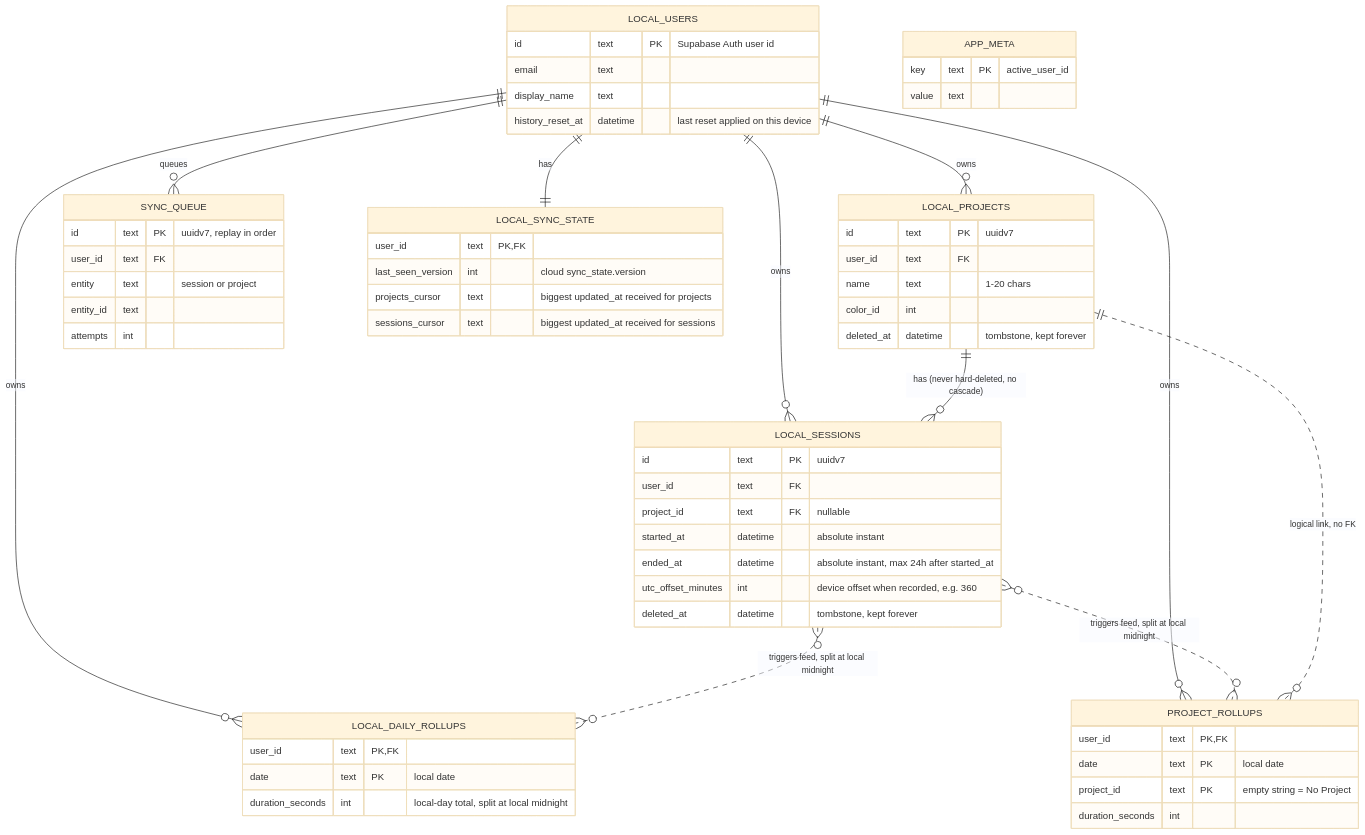
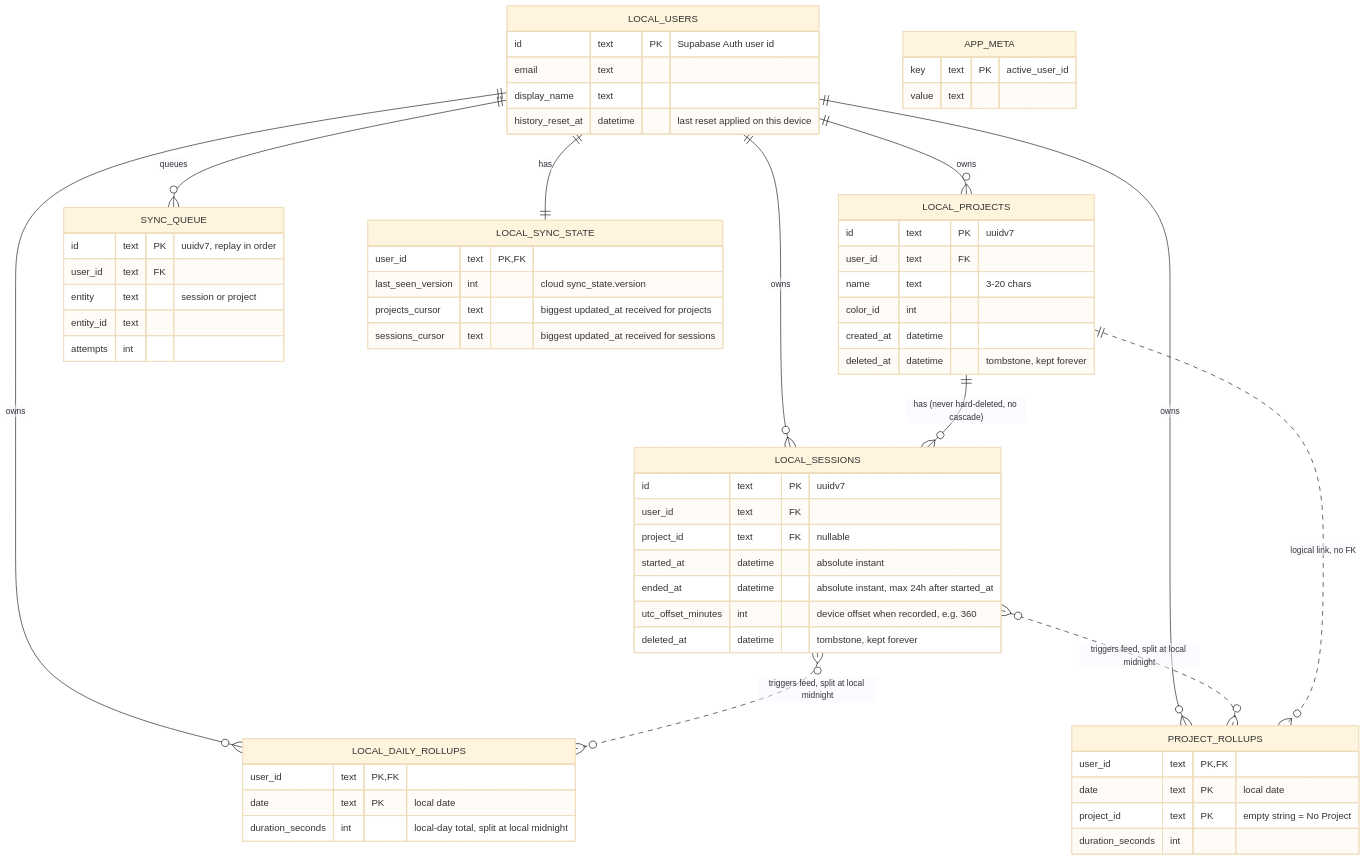
The second of 3 diagrams in README.md (sardaar-niamotullah/tarkeez), drawn with Mermaid (base theme) before and after one commit. The commit also changed other lines of this file, not shown here.

````diff
--- a/README.md
+++ b/README.md
@@ -287,64 +287,65 @@
 ```mermaid
 erDiagram
   LOCAL_USERS ||--o{ LOCAL_PROJECTS : owns
   LOCAL_USERS ||--o{ LOCAL_SESSIONS : owns
   LOCAL_USERS ||--o{ LOCAL_DAILY_ROLLUPS : owns
   LOCAL_USERS ||--o{ PROJECT_ROLLUPS : owns
   LOCAL_USERS ||--o{ SYNC_QUEUE : queues
   LOCAL_USERS ||--|| LOCAL_SYNC_STATE : has
   LOCAL_PROJECTS ||--o{ LOCAL_SESSIONS : "has (never hard-deleted, no cascade)"
   LOCAL_SESSIONS }o..o{ LOCAL_DAILY_ROLLUPS : "triggers feed, split at local midnight"
   LOCAL_SESSIONS }o..o{ PROJECT_ROLLUPS : "triggers feed, split at local midnight"
   LOCAL_PROJECTS ||..o{ PROJECT_ROLLUPS : "logical link, no FK"
 
   LOCAL_USERS {
     id text PK "Supabase Auth user id"
     email text
     display_name text
     history_reset_at datetime "last reset applied on this device"
   }
   LOCAL_PROJECTS {
     id text PK "uuidv7"
     user_id text FK
-    name text "1-20 chars"
+    name text "3-20 chars"
     color_id int
+    created_at datetime
     deleted_at datetime "tombstone, kept forever"
   }
   LOCAL_SESSIONS {
     id text PK "uuidv7"
     user_id text FK
     project_id text FK "nullable"
     started_at datetime "absolute instant"
     ended_at datetime "absolute instant, max 24h after started_at"
     utc_offset_minutes int "device offset when recorded, e.g. 360"
     deleted_at datetime "tombstone, kept forever"
   }
   LOCAL_DAILY_ROLLUPS {
     user_id text PK, FK
     date text PK "local date"
     duration_seconds int "local-day total, split at local midnight"
   }
   PROJECT_ROLLUPS {
     user_id text PK, FK
     date text PK "local date"
     project_id text PK "empty string = No Project"
     duration_seconds int
   }
   SYNC_QUEUE {
     id text PK "uuidv7, replay in order"
     user_id text FK
     entity text "session or project"
     entity_id text
     attempts int
   }
   LOCAL_SYNC_STATE {
     user_id text PK, FK
     last_seen_version int "cloud sync_state.version"
     projects_cursor text "biggest updated_at received for projects"
     sessions_cursor text "biggest updated_at received for sessions"
   }
   APP_META {
     key text PK "active_user_id"
     value text
   }
 ```
````
